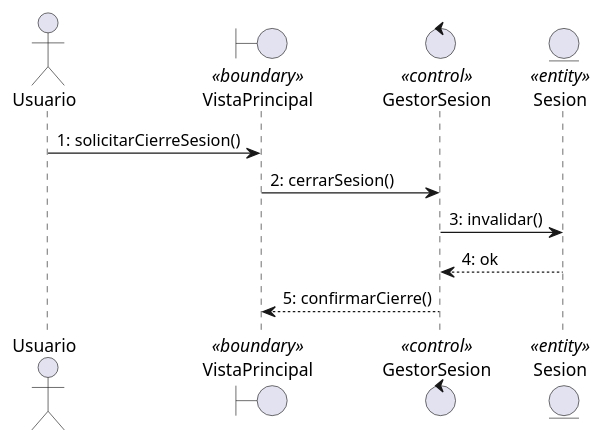
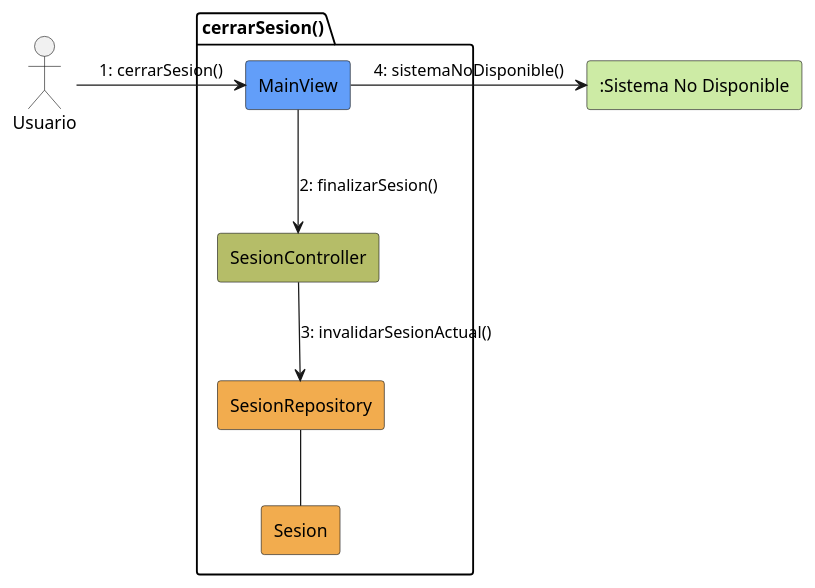
One commit to franvenero/25-26-idsw2-sdVC changed the diagram in RUP/01-analisis/casos-uso/gestion-sesion/cerrarSesion/colaboracion.puml. Above: the diagram before and after it, drawn with PlantUML. The commit also changed 46 other files, not shown here.

```diff
--- a/RUP/01-analisis/casos-uso/gestion-sesion/cerrarSesion/colaboracion.puml
+++ b/RUP/01-analisis/casos-uso/gestion-sesion/cerrarSesion/colaboracion.puml
@@ -1,14 +1,23 @@
-@startuml
-skinparam actorStyle human
-actor Usuario as U
+@startuml cerrarSesion-analisis
+skinparam linetype polyline
 
-boundary "VistaPrincipal" as VP <<boundary>>
-control "GestorSesion" as GS <<control>>
-entity "Sesion" as S <<entity>>
+actor Usuario
+package cerrarSesion as "cerrarSesion()" {
+    rectangle #629EF9 MainView
+    rectangle #b5bd68 SesionController
+    rectangle #F2AC4E SesionRepository
+    rectangle #F2AC4E Sesion
+}
+rectangle #CDEBA5 ":Sistema No Disponible" as SistemaNoDisponible
 
-U -> VP : 1: solicitarCierreSesion()
-VP -> GS : 2: cerrarSesion()
-GS -> S : 3: invalidar()
-S --> GS : 4: ok
-GS --> VP : 5: confirmarCierre()
+Usuario -r-> MainView: 1: cerrarSesion()
+
+MainView -d-> SesionController: 2: finalizarSesion()
+
+SesionController --> SesionRepository: 3: invalidarSesionActual()
+
+SesionRepository -- Sesion
+
+MainView -r-> SistemaNoDisponible: 4: sistemaNoDisponible()
+
 @enduml
```
